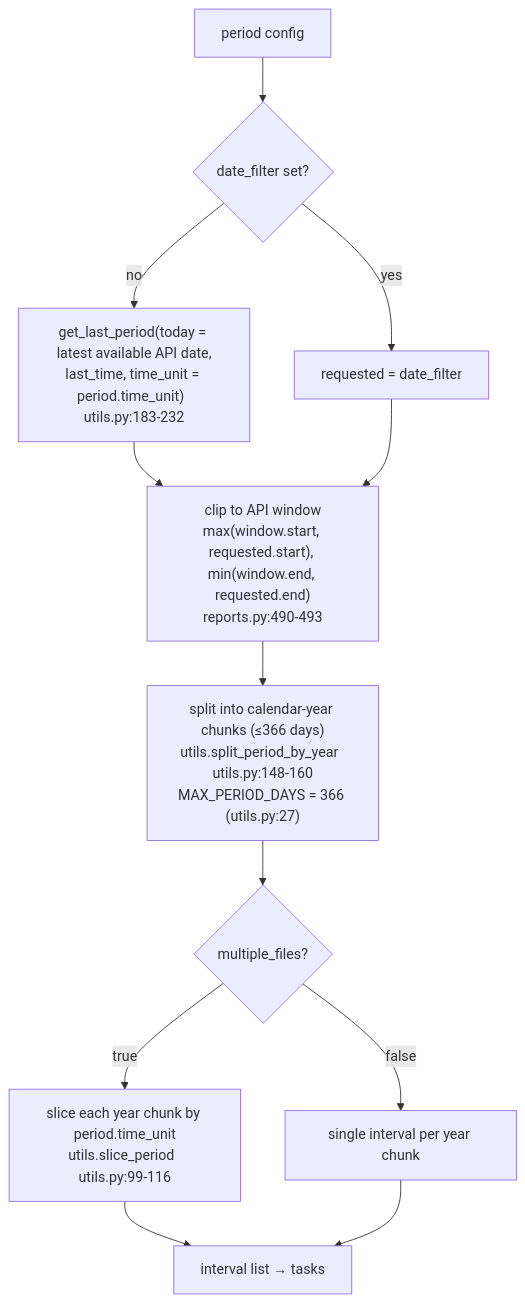
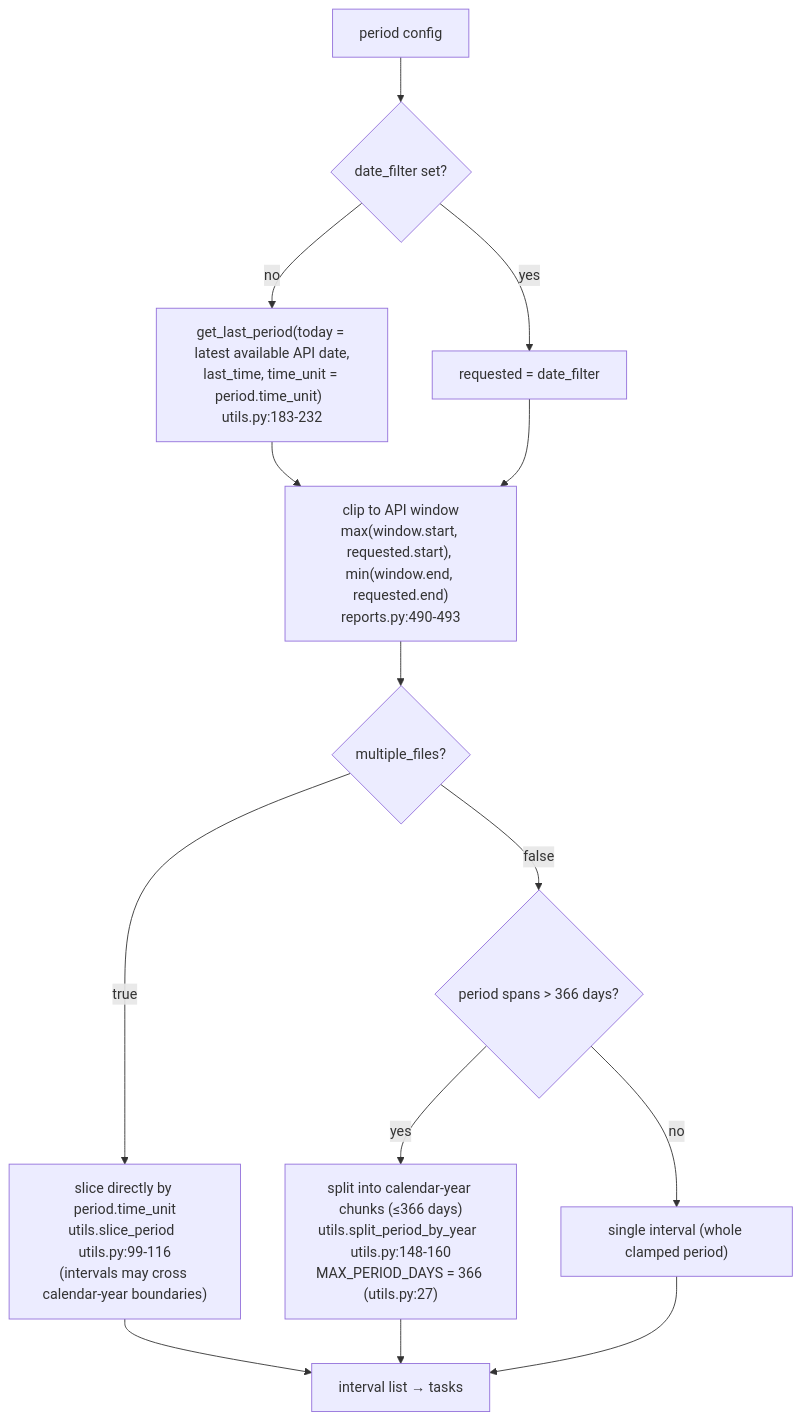
The second of 3 diagrams in docs/00-overview/data-flow-architecture.md (manicko/mko_get_mediascope_data), drawn with Mermaid before and after one commit. The commit also changed other lines of this file and 5 other files, not shown here.

First line of the commit message:
docs: update period-splitting documentation for year-split fix

````diff
--- a/docs/00-overview/data-flow-architecture.md
+++ b/docs/00-overview/data-flow-architecture.md
@@ -87,14 +87,16 @@
 ```mermaid
 flowchart TD
     A["period config"] --> B{"date_filter set?"}
     B -- no --> C["get_last_period(today = latest available API date,<br/>last_time, time_unit = period.time_unit)  utils.py:183-232"]
     B -- yes --> D["requested = date_filter"]
     C --> E["clip to API window<br/>max(window.start, requested.start), min(window.end, requested.end)<br/>reports.py:490-493"]
     D --> E
-    E --> Y["split into calendar-year chunks (≤366 days)<br/>utils.split_period_by_year  utils.py:148-160<br/>MAX_PERIOD_DAYS = 366 (utils.py:27)"]
-    Y --> F{"multiple_files?"}
-    F -- true --> G["slice each year chunk by period.time_unit<br/>utils.slice_period  utils.py:99-116"]
-    F -- false --> H["single interval per year chunk"]
-    G --> I["interval list → tasks"]
-    H --> I
+    E --> F{"multiple_files?"}
+    F -- true --> G["slice directly by period.time_unit<br/>utils.slice_period  utils.py:99-116<br/>(intervals may cross calendar-year boundaries)"]
+    F -- false --> H{"period spans > 366 days?"}
+    H -- yes --> I["split into calendar-year chunks (≤366 days)<br/>utils.split_period_by_year  utils.py:148-160<br/>MAX_PERIOD_DAYS = 366 (utils.py:27)"]
+    H -- no --> J["single interval (whole clamped period)"]
+    G --> K["interval list → tasks"]
+    I --> K
+    J --> K
 ```
````
